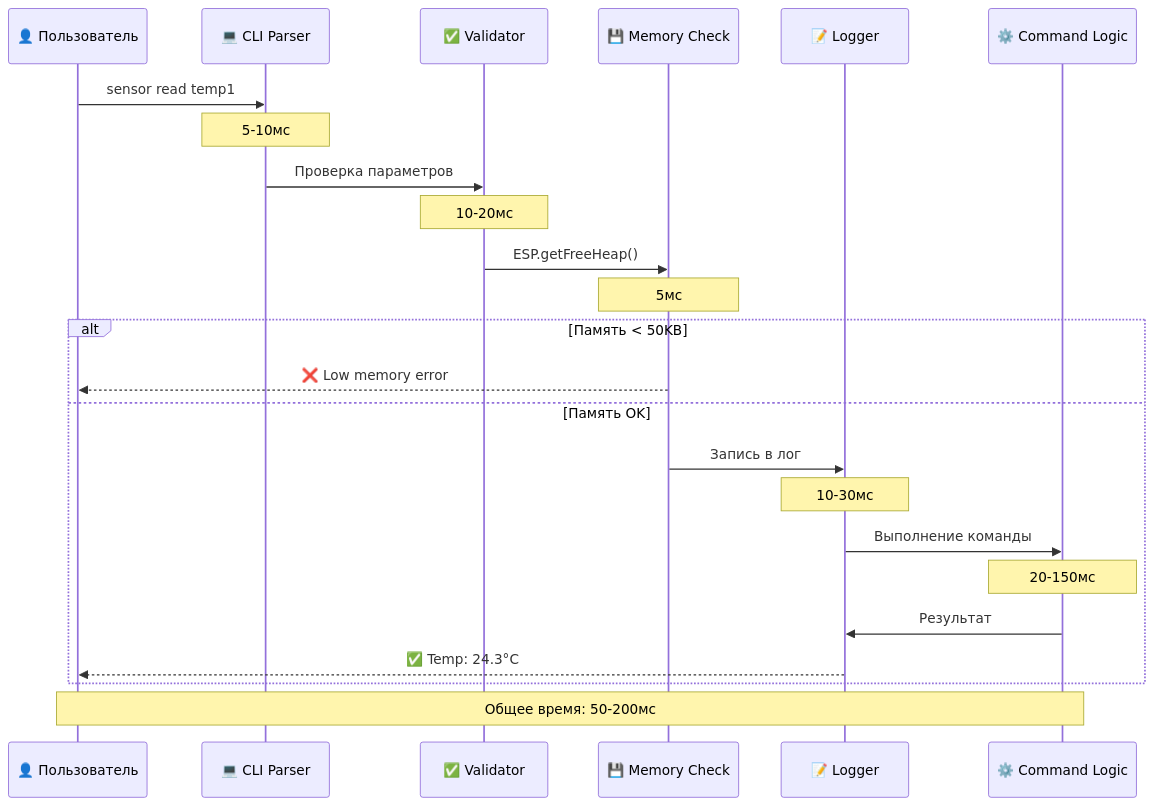
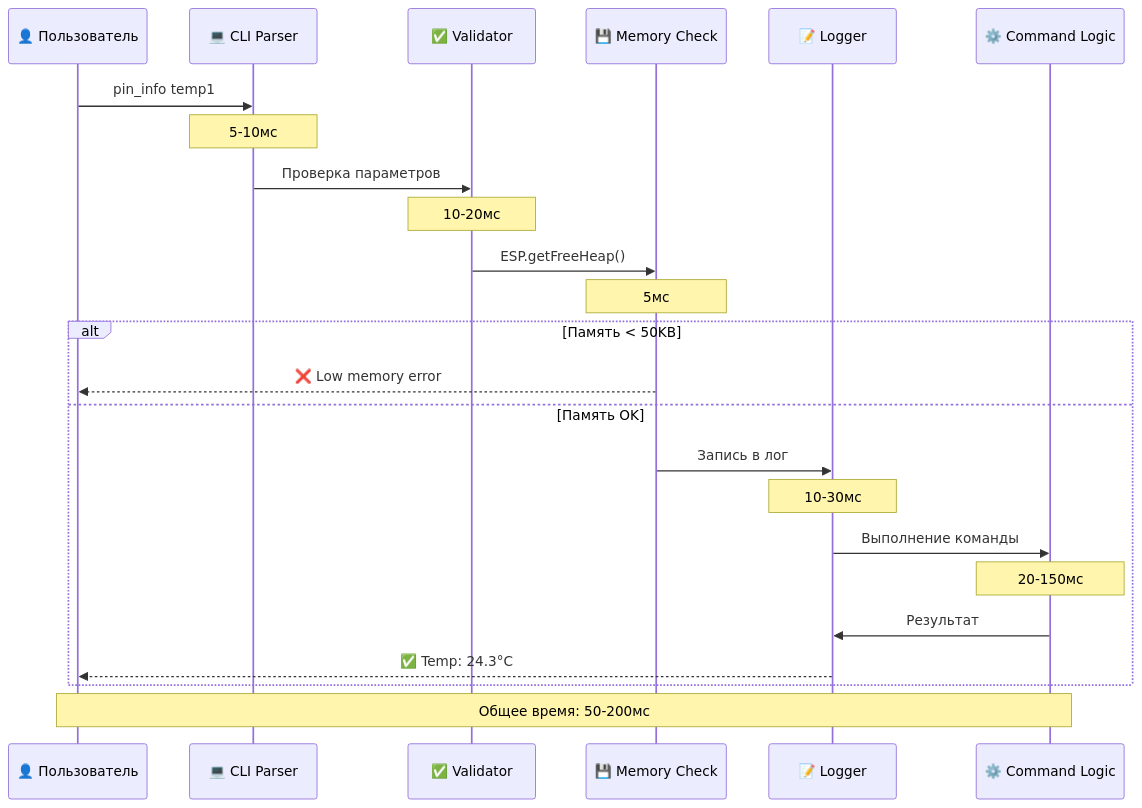
One commit to qagent567/esp_progect_PUB changed the seventh of 7 diagrams in инструкции/РУКОВОДСТВО_ПО_CLI_КОМАНДАМ.md. Above: the diagram before and after it, drawn with Mermaid. The commit also changed other lines of this file and 43 other files, not shown here.

````diff
--- a/инструкции/РУКОВОДСТВО_ПО_CLI_КОМАНДАМ.md
+++ b/инструкции/РУКОВОДСТВО_ПО_CLI_КОМАНДАМ.md
@@ -1353,27 +1352,27 @@
 ```mermaid
 sequenceDiagram
     participant User as 👤 Пользователь
     participant CLI as 💻 CLI Parser
     participant Validator as ✅ Validator
     participant Memory as 💾 Memory Check
     participant Logger as 📝 Logger
     participant Executor as ⚙️ Command Logic
     
-    User->>CLI: sensor read temp1
+    User->>CLI: pin_info temp1
     Note over CLI: 5-10мс
     CLI->>Validator: Проверка параметров
     Note over Validator: 10-20мс
     Validator->>Memory: ESP.getFreeHeap()
     Note over Memory: 5мс
     alt Память < 50KB
         Memory-->>User: ❌ Low memory error
     else Память OK
         Memory->>Logger: Запись в лог
         Note over Logger: 10-30мс
         Logger->>Executor: Выполнение команды
         Note over Executor: 20-150мс
         Executor->>Logger: Результат
         Logger-->>User: ✅ Temp: 24.3°C
     end
     Note over User,Executor: Общее время: 50-200мс
 ```
````
